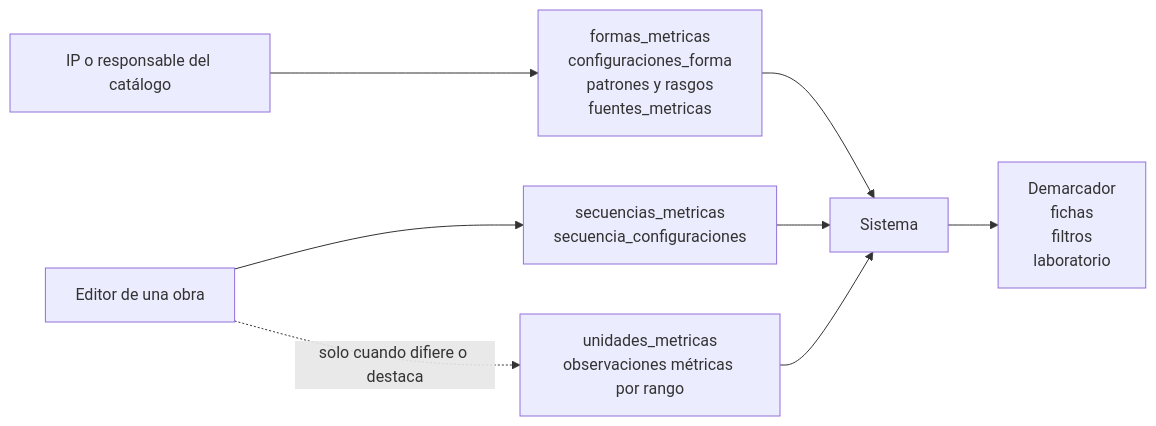
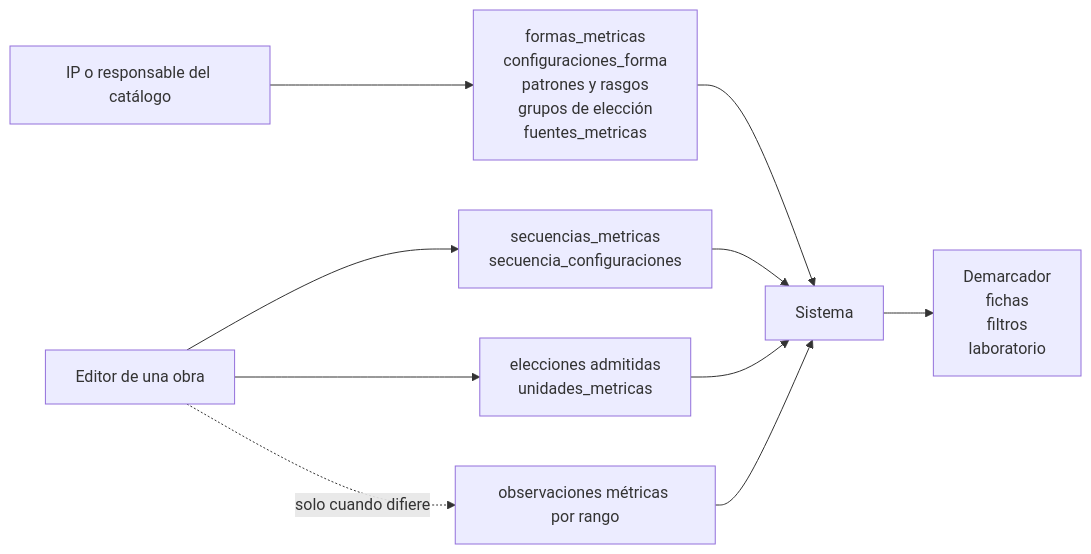
The ninth of 9 diagrams in docs/dominio-metrico/ejemplos-formalizacion-ontologia-metrica.md (metadramaub/metadrama_db), drawn with Mermaid before and after one commit. The commit also changed other lines of this file and 39 other files, not shown here.

````diff
--- a/docs/dominio-metrico/ejemplos-formalizacion-ontologia-metrica.md
+++ b/docs/dominio-metrico/ejemplos-formalizacion-ontologia-metrica.md
@@ -578,17 +594,19 @@
 ```mermaid
 flowchart LR
     IP["IP o responsable del catálogo"]
     ED["Editor de una obra"]
     SYS["Sistema"]
 
-    IP --> CAT["formas_metricas<br/>configuraciones_forma<br/>patrones y rasgos<br/>fuentes_metricas"]
+    IP --> CAT["formas_metricas<br/>configuraciones_forma<br/>patrones y rasgos<br/>grupos de elección<br/>fuentes_metricas"]
 
     ED --> SEC["secuencias_metricas<br/>secuencia_configuraciones"]
-    ED -. "solo cuando difiere o destaca" .-> DET["unidades_metricas<br/>observaciones métricas por rango"]
+    ED --> REAL["elecciones admitidas<br/>unidades_metricas"]
+    ED -. "solo cuando difiere" .-> DET["observaciones métricas por rango"]
 
     CAT --> SYS
     SEC --> SYS
+    REAL --> SYS
     DET --> SYS
 
     SYS --> OUT["Demarcador<br/>fichas<br/>filtros<br/>laboratorio"]
 ```
````
